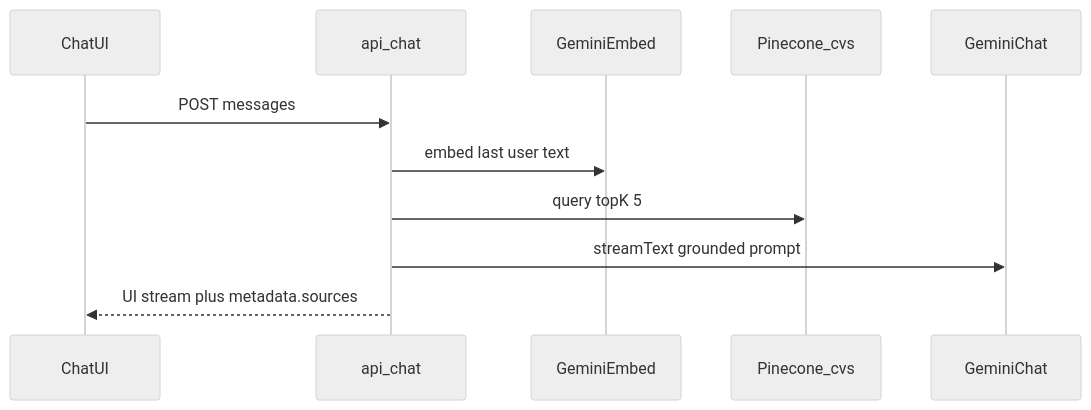
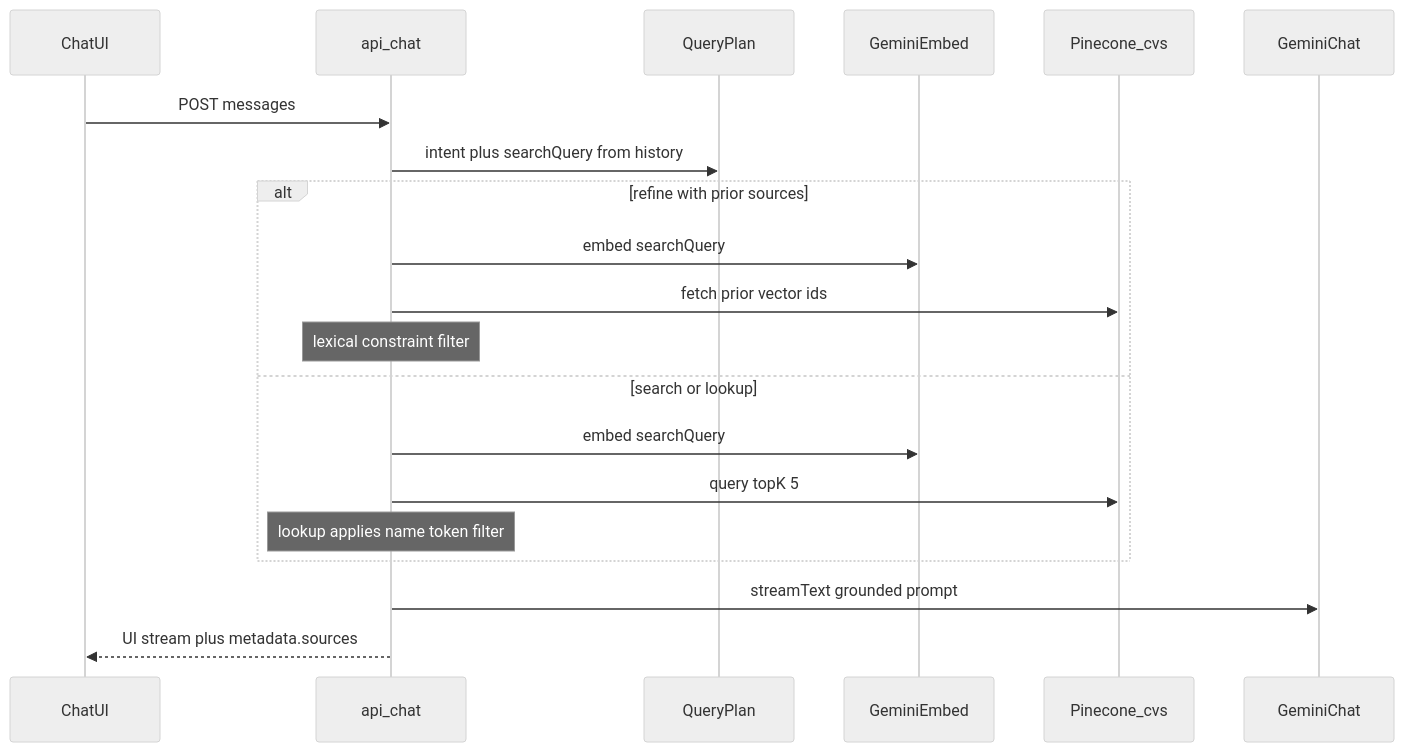
The diagram in docs/adr/004-chat-rag.md (Minacava/cv-screener), drawn with Mermaid (neutral theme) before and after one commit. The commit also changed other lines of this file and 11 other files, not shown here.

Commit message:
feat(chat): multi-turn refine, name lookup, and faster retrieval UX

````diff
--- a/docs/adr/004-chat-rag.md
+++ b/docs/adr/004-chat-rag.md
@@ -27,14 +33,23 @@
 ```mermaid
 sequenceDiagram
   participant UI as ChatUI
   participant API as api_chat
+  participant Plan as QueryPlan
   participant Emb as GeminiEmbed
   participant PC as Pinecone_cvs
   participant LLM as GeminiChat
 
   UI->>API: POST messages
-  API->>Emb: embed last user text
-  API->>PC: query topK 5
+  API->>Plan: intent plus searchQuery from history
+  alt refine with prior sources
+    API->>Emb: embed searchQuery
+    API->>PC: fetch prior vector ids
+    Note over API: lexical constraint filter
+  else search or lookup
+    API->>Emb: embed searchQuery
+    API->>PC: query topK 5
+    Note over API: lookup applies name token filter
+  end
   API->>LLM: streamText grounded prompt
   API-->>UI: UI stream plus metadata.sources
 ```
````
